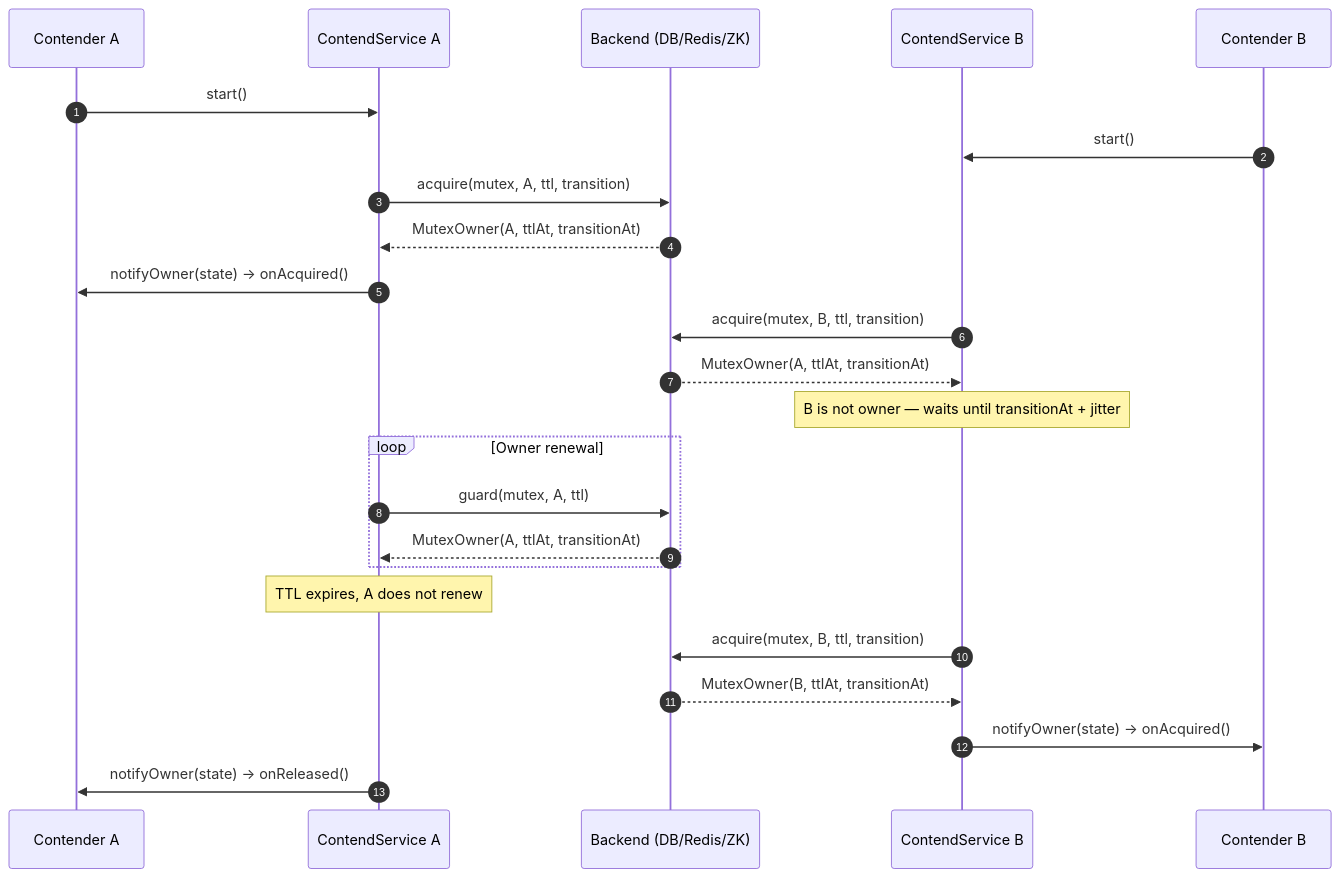
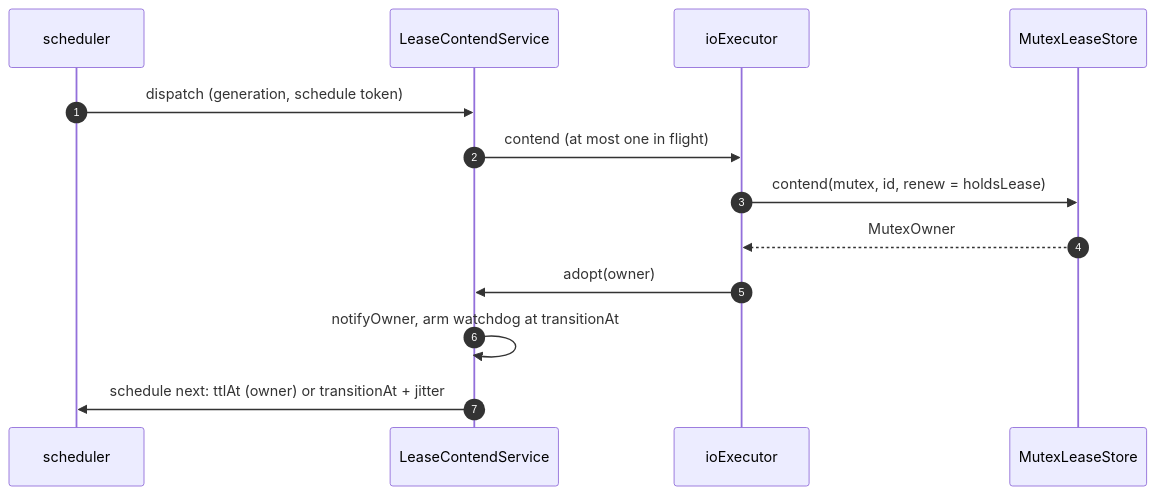
Before and after one commit to Ahoo-Wang/Simba: the second of 2 diagrams in wiki/architecture/index.md, drawn with Mermaid. The commit also changed other lines of this file and 81 other files, not shown here.

````diff
--- a/wiki/architecture/index.md
+++ b/wiki/architecture/index.md
@@ -294,30 +65,15 @@
 ```mermaid
 sequenceDiagram
 autonumber
-    participant CA as Contender A
-    participant SA as ContendService A
-    participant BACKEND as Backend (DB/Redis/ZK)
-    participant SB as ContendService B
-    participant CB as Contender B
-
-    CA->>SA: start()
-    CB->>SB: start()
-    SA->>BACKEND: acquire(mutex, A, ttl, transition)
-    BACKEND-->>SA: MutexOwner(A, ttlAt, transitionAt)
-    SA->>CA: notifyOwner(state) -> onAcquired()
-    SB->>BACKEND: acquire(mutex, B, ttl, transition)
-    BACKEND-->>SB: MutexOwner(A, ttlAt, transitionAt)
-    Note over SB: B is not owner — waits until transitionAt + jitter
-
-    loop Owner renewal
-        SA->>BACKEND: guard(mutex, A, ttl)
-        BACKEND-->>SA: MutexOwner(A, ttlAt, transitionAt)
-    end
-
-    Note over SA: TTL expires, A does not renew
-
-    SB->>BACKEND: acquire(mutex, B, ttl, transition)
-    BACKEND-->>SB: MutexOwner(B, ttlAt, transitionAt)
-    SB->>CB: notifyOwner(state) -> onAcquired()
-    SA->>CA: notifyOwner(state) -> onReleased()
+    participant S as scheduler
+    participant E as LeaseContendService
+    participant IO as ioExecutor
+    participant B as MutexLeaseStore
+    S->>E: dispatch (generation, schedule token)
+    E->>IO: contend (at most one in flight)
+    IO->>B: contend(mutex, id, renew = holdsLease)
+    B-->>IO: MutexOwner
+    IO->>E: adopt(owner)
+    E->>E: notifyOwner, arm watchdog at transitionAt
+    E->>S: schedule next: ttlAt (owner) or transitionAt + jitter
 ```
````
